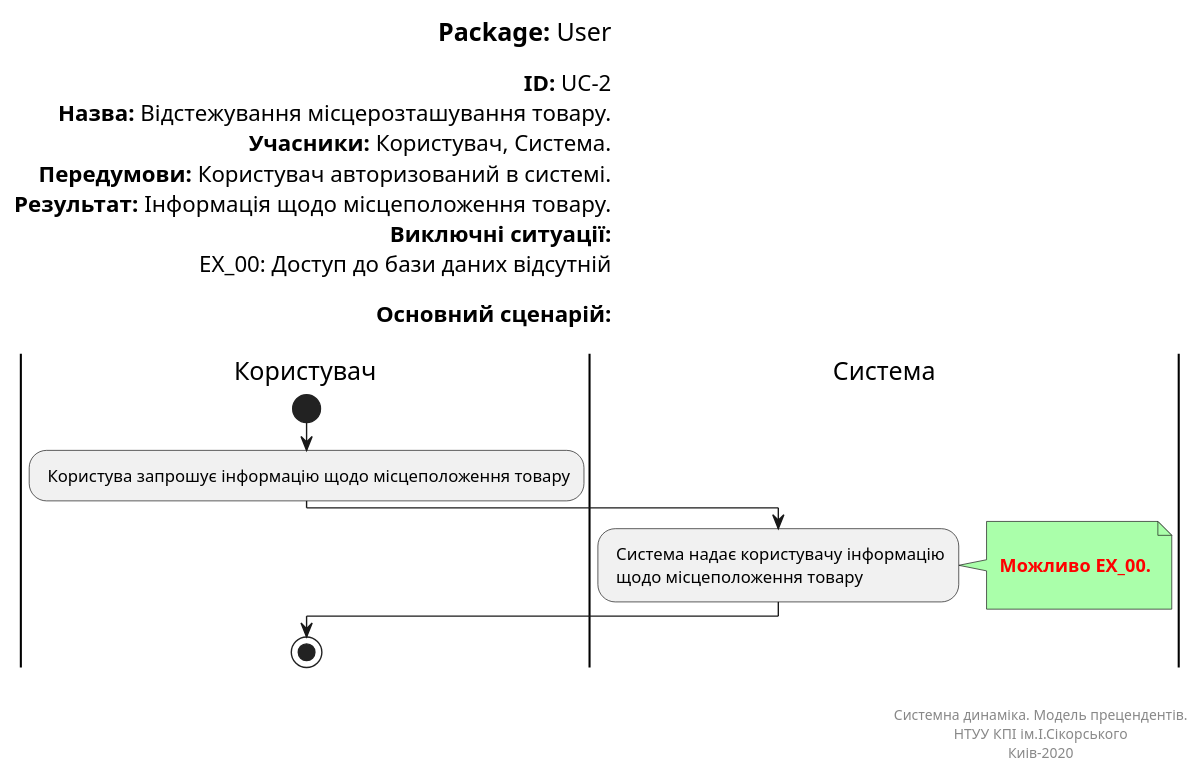
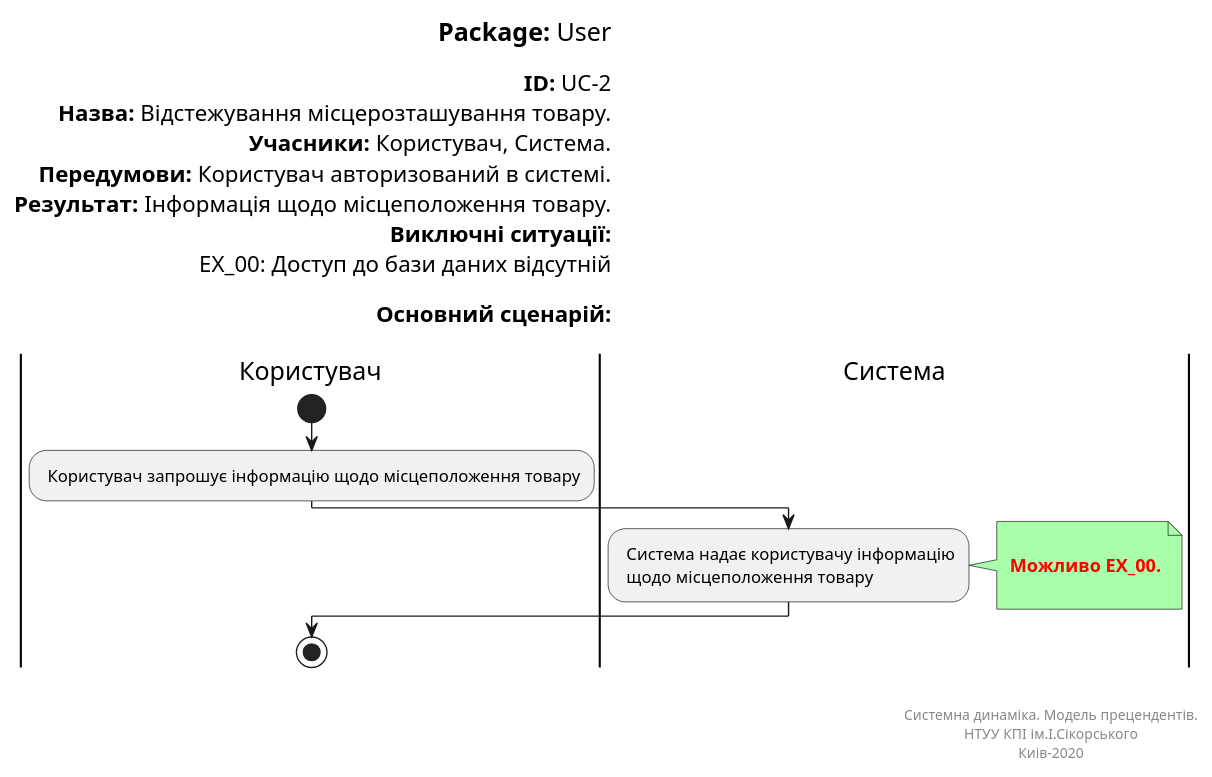
Before and after one commit to kirilinsane/Team2: the diagram in Doc/UMLdiagrams/scenarios/user/Diagrams/UML/UC2.pu, drawn with PlantUML.

```diff
--- a/Doc/UMLdiagrams/scenarios/user/Diagrams/UML/UC2.pu
+++ b/Doc/UMLdiagrams/scenarios/user/Diagrams/UML/UC2.pu
@@ -1,40 +1,40 @@
 @startuml
 left header
 <font color=000 size=18><b>Package:</b> User
 
 <font color=000 size=16><b>ID:</b> UC-2
 <font color=000 size=16><b>Назва:</b> Відстежування місцерозташування товару.
 <font color=000 size=16><b>Учасники:</b> Користувач, Система.
 <font color=000 size=16><b>Передумови:</b> Користувач авторизований в системі.
 <font color=000 size=16><b>Результат:</b> Інформація щодо місцеположення товару.
 <font color=000 size=16><b>Виключні ситуації:</b>
 <font color=000 size=16> EX_00: Доступ до бази даних відсутній
 
 <font color=000 size=16><b>Основний сценарій:</b>
 
 end header
 
 |Користувач|
 start
-: Користува запрошує інформацію щодо місцеположення товару;
+: Користувач запрошує інформацію щодо місцеположення товару;
 
 |Система|
 : Система надає користувачу інформацію
  щодо місцеположення товару;
 note right #aaffaa
 
 <font color=red><b> Можливо EX_00.
 
 end note
 
 |Користувач|
 stop;
 
 right footer
 
 
 Системна динаміка. Модель прецендентів.
 НТУУ КПІ ім.І.Сікорського
 Киів-2020
 end footer
 @enduml
```
